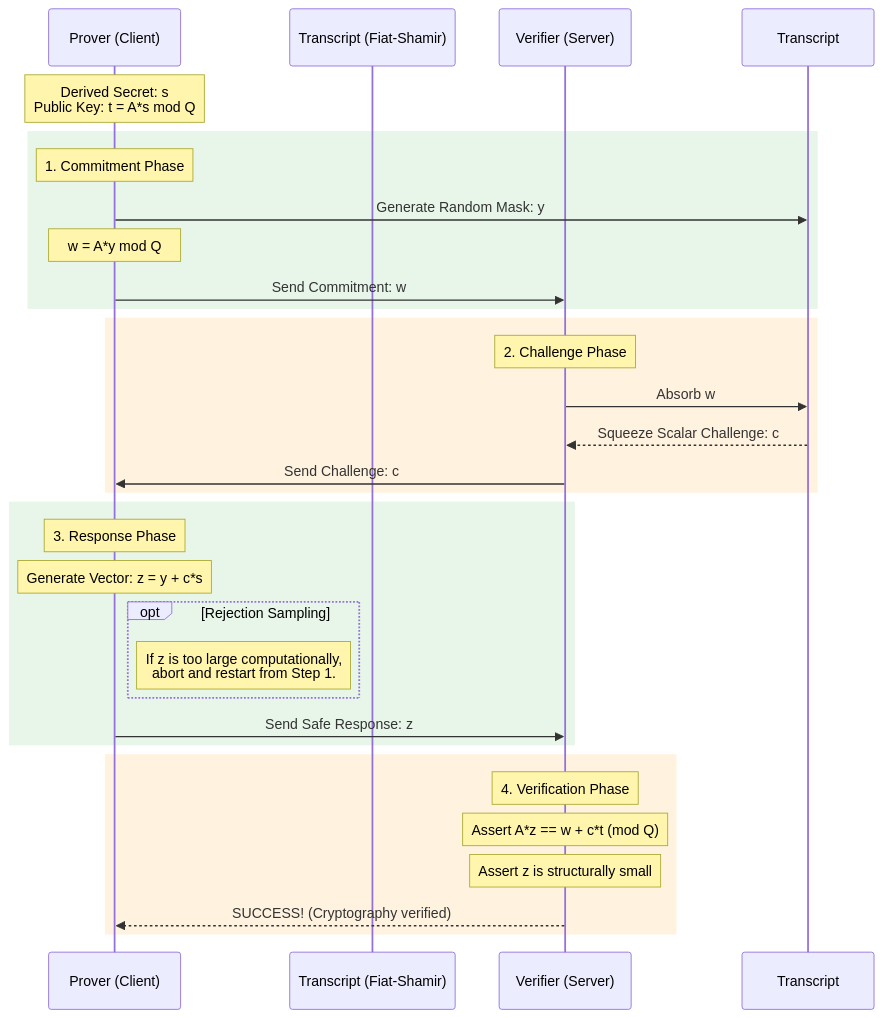
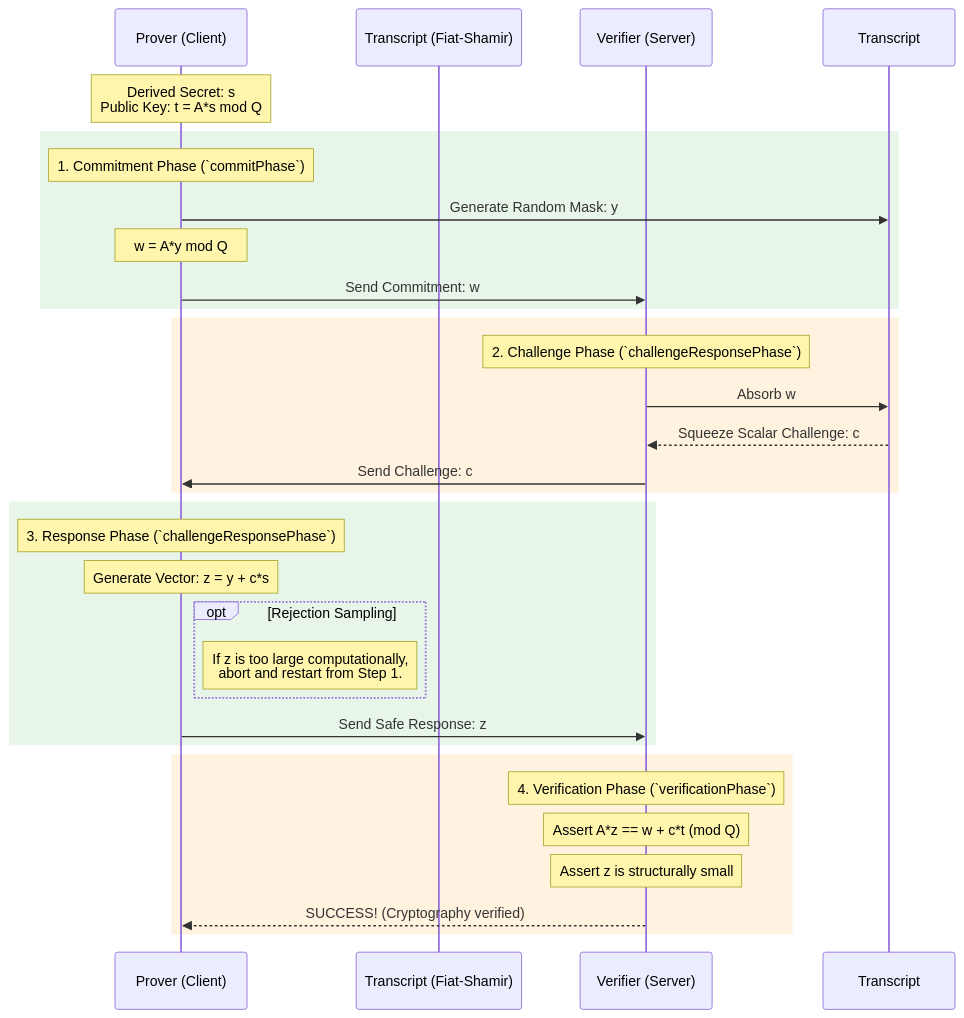
One commit to neudinger/zmlify changed the diagram in zerkerus/README.md. Above: the diagram before and after it, drawn with Mermaid. The commit also changed 2 other files, not shown here.

````diff
--- a/zerkerus/README.md
+++ b/zerkerus/README.md
@@ -20,38 +20,38 @@
 ```mermaid
 sequenceDiagram
     participant Prover (Client)
     participant Transcript (Fiat-Shamir)
     participant Verifier (Server)
 
     Note over Prover (Client): Derived Secret: s<br/>Public Key: t = A*s mod Q
     
     rect rgb(232, 245, 233)
-        Note over Prover (Client): 1. Commitment Phase
+        Note over Prover (Client): 1. Commitment Phase (`commitPhase`)
         Prover (Client)->>Transcript: Generate Random Mask: y
         Note over Prover (Client): w = A*y mod Q
         Prover (Client)->>Verifier (Server): Send Commitment: w
     end
     
     rect rgb(255, 243, 224)
-        Note over Verifier (Server): 2. Challenge Phase
+        Note over Verifier (Server): 2. Challenge Phase (`challengeResponsePhase`)
         Verifier (Server)->>Transcript: Absorb w
         Transcript-->>Verifier (Server): Squeeze Scalar Challenge: c
         Verifier (Server)->>Prover (Client): Send Challenge: c
     end
 
     rect rgb(232, 245, 233)
-        Note over Prover (Client): 3. Response Phase
+        Note over Prover (Client): 3. Response Phase (`challengeResponsePhase`)
         Note over Prover (Client): Generate Vector: z = y + c*s
         opt Rejection Sampling
             Note right of Prover (Client): If z is too large computationally,<br/>abort and restart from Step 1.
         end
         Prover (Client)->>Verifier (Server): Send Safe Response: z
     end
 
     rect rgb(255, 243, 224)
-        Note over Verifier (Server): 4. Verification Phase
+        Note over Verifier (Server): 4. Verification Phase (`verificationPhase`)
         Note over Verifier (Server): Assert A*z == w + c*t (mod Q)
         Note over Verifier (Server): Assert z is structurally small
         Verifier (Server)-->>Prover (Client): SUCCESS! (Cryptography verified)
     end
 ```
````
